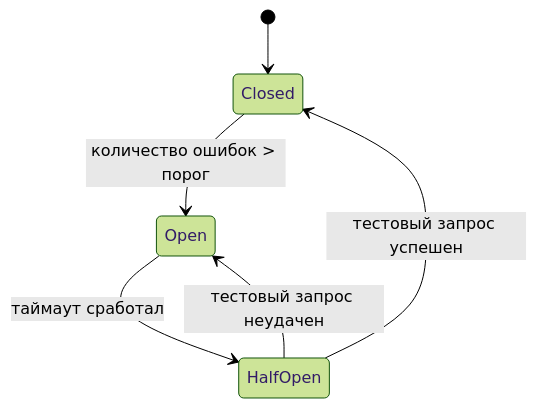
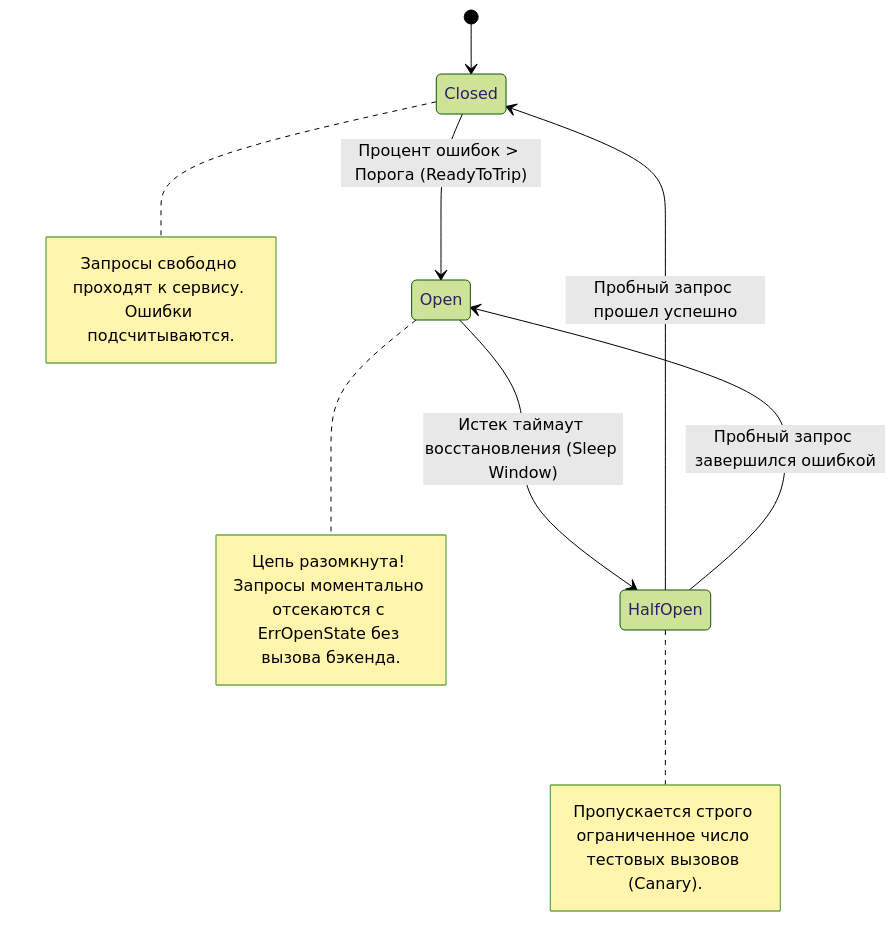
One commit to UnrealTemplier/go-textbook changed the second of 2 diagrams in sources/11. Архитектура и System Design/36. Circuit Breaker, Retry, Timeout и Backoff.md. Above: the diagram before and after it, drawn with Mermaid (forest theme). The commit also changed other lines of this file, not shown here.

````diff
--- a/sources/11. Архитектура и System Design/36. Circuit Breaker, Retry, Timeout и Backoff.md
+++ b/sources/11. Архитектура и System Design/36. Circuit Breaker, Retry, Timeout и Backoff.md
@@ -98,8 +156,14 @@
 ```mermaid
 stateDiagram-v2
     [*] --> Closed
-    Closed --> Open: количество ошибок > порог
-    Open --> HalfOpen: таймаут сработал
-    HalfOpen --> Closed: тестовый запрос успешен
-    HalfOpen --> Open: тестовый запрос неудачен
+    
+    Closed --> Open: Процент ошибок > Порога (ReadyToTrip)
+    note right of Closed: Запросы свободно проходят к сервису. Ошибки подсчитываются.
+    
+    Open --> HalfOpen: Истек таймаут восстановления (Sleep Window)
+    note right of Open: Цепь разомкнута! Запросы моментально отсекаются с ErrOpenState без вызова бэкенда.
+    
+    HalfOpen --> Closed: Пробный запрос прошел успешно
+    HalfOpen --> Open: Пробный запрос завершился ошибкой
+    note right of HalfOpen: Пропускается строго ограниченное число тестовых вызовов (Canary).
 ```
````
